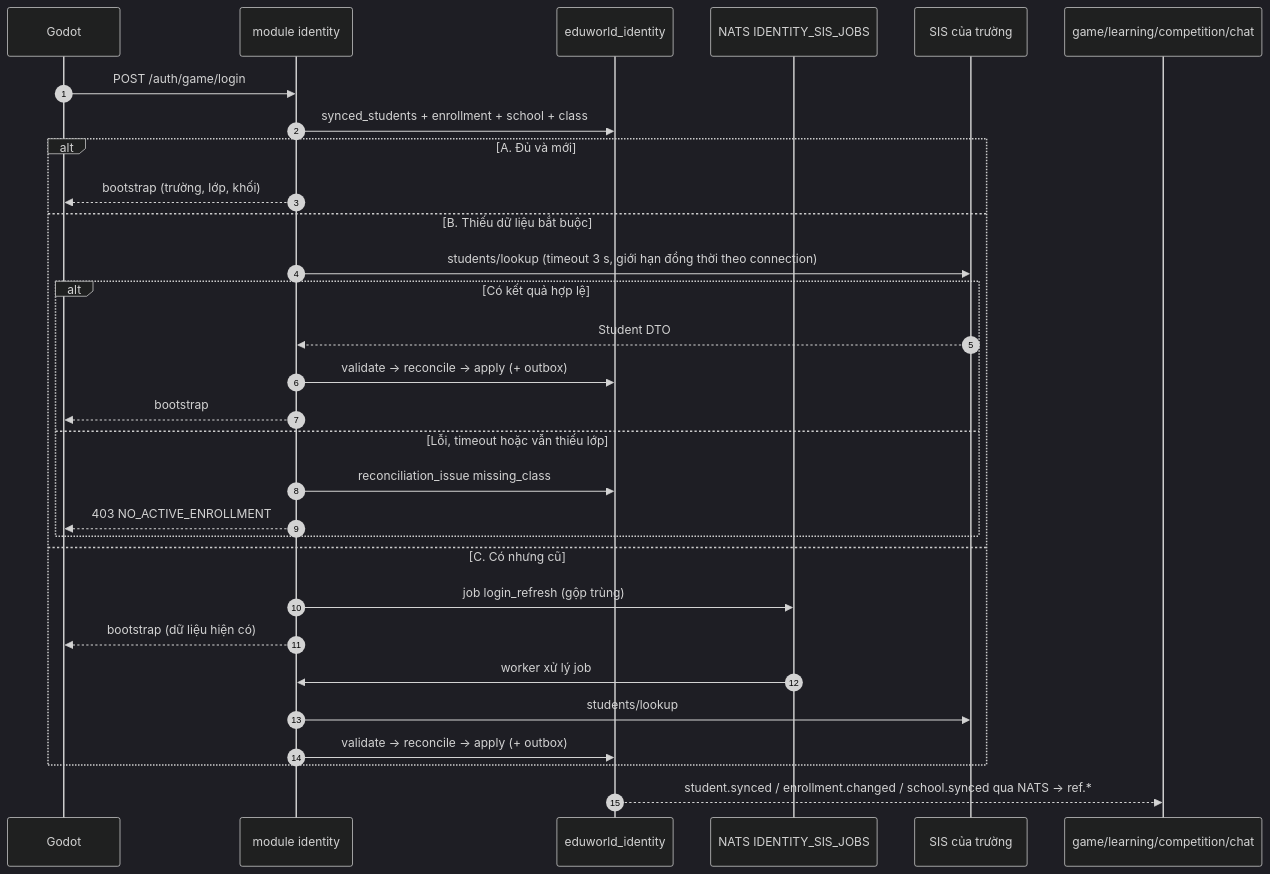
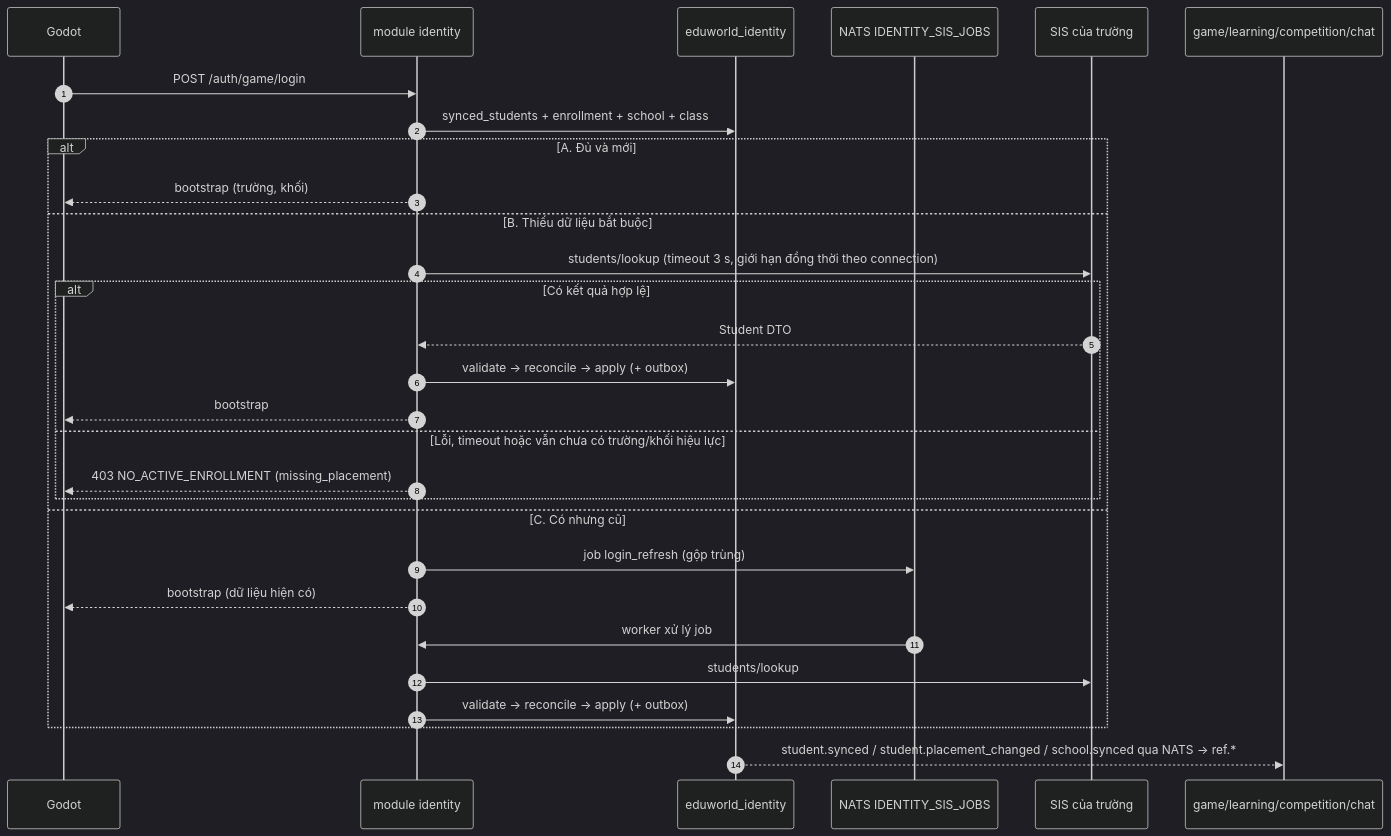
Before and after one commit to tanguyen2020/eduworld-platform: the second of 3 diagrams in docs/09-identity/SIS_INTEGRATION.md, drawn with Mermaid (dark theme). The commit also changed other lines of this file and 35 other files, not shown here.

````diff
--- a/docs/09-identity/SIS_INTEGRATION.md
+++ b/docs/09-identity/SIS_INTEGRATION.md
@@ -225,32 +215,31 @@
 ```mermaid
 sequenceDiagram
   autonumber
   participant G as Godot
   participant ID as module identity
   participant DB as eduworld_identity
   participant Q as NATS IDENTITY_SIS_JOBS
   participant SIS as SIS của trường
   participant SVC as game/learning/competition/chat
   G->>ID: POST /auth/game/login
   ID->>DB: synced_students + enrollment + school + class
   alt A. Đủ và mới
-    ID-->>G: bootstrap (trường, lớp, khối)
+    ID-->>G: bootstrap (trường, khối)
   else B. Thiếu dữ liệu bắt buộc
     ID->>SIS: students/lookup (timeout 3 s, giới hạn đồng thời theo connection)
     alt Có kết quả hợp lệ
       SIS-->>ID: Student DTO
       ID->>DB: validate → reconcile → apply (+ outbox)
       ID-->>G: bootstrap
-    else Lỗi, timeout hoặc vẫn thiếu lớp
-      ID->>DB: reconciliation_issue missing_class
-      ID-->>G: 403 NO_ACTIVE_ENROLLMENT
+    else Lỗi, timeout hoặc vẫn chưa có trường/khối hiệu lực
+      ID-->>G: 403 NO_ACTIVE_ENROLLMENT (missing_placement)
     end
   else C. Có nhưng cũ
     ID->>Q: job login_refresh (gộp trùng)
     ID-->>G: bootstrap (dữ liệu hiện có)
     Q->>ID: worker xử lý job
     ID->>SIS: students/lookup
     ID->>DB: validate → reconcile → apply (+ outbox)
   end
-  DB-->>SVC: student.synced / enrollment.changed / school.synced qua NATS → ref.*
+  DB-->>SVC: student.synced / student.placement_changed / school.synced qua NATS → ref.*
 ```
````
